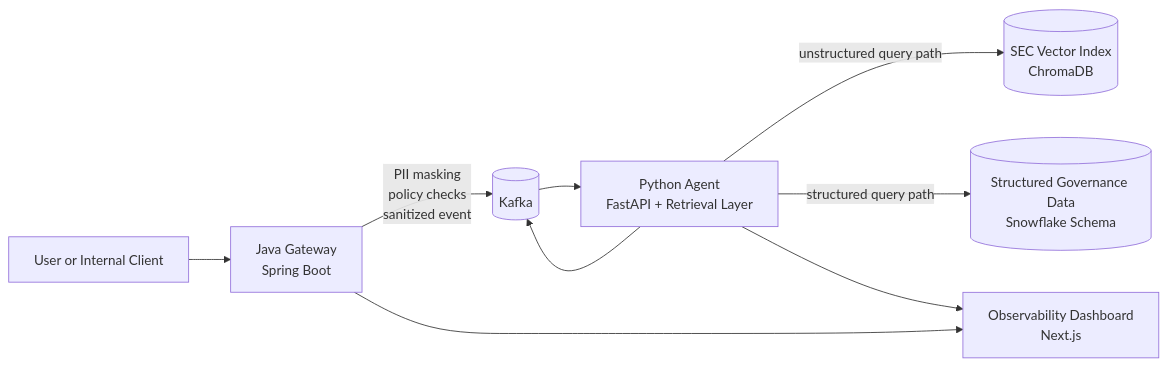
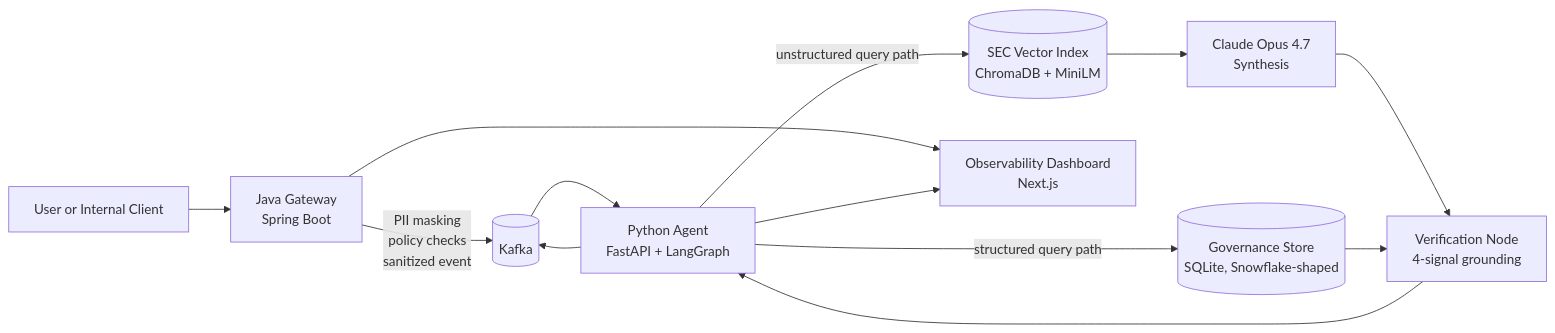
One commit to JCHETAN26/Omni-Graph changed the diagram in README.md. Above: the diagram before and after it, drawn with Mermaid. The commit also changed other lines of this file and 38 other files, not shown here.

First line of the commit message:
Build out LangGraph agent with synthesis, verification, and full eval/test/CI stack

````diff
--- a/README.md
+++ b/README.md
@@ -43,19 +43,25 @@
 ```mermaid
 flowchart LR
     U[User or Internal Client]
     G[Java Gateway<br/>Spring Boot]
     K[(Kafka)]
-    A[Python Agent<br/>FastAPI + Retrieval Layer]
-    V[(SEC Vector Index<br/>ChromaDB)]
-    S[(Structured Governance Data<br/>Snowflake Schema)]
+    A[Python Agent<br/>FastAPI + LangGraph]
+    V[(SEC Vector Index<br/>ChromaDB + MiniLM)]
+    S[(Governance Store<br/>SQLite, Snowflake-shaped)]
+    L[Claude Opus 4.7<br/>Synthesis]
+    X[Verification Node<br/>4-signal grounding]
     D[Observability Dashboard<br/>Next.js]
 
     U --> G
     G -->|PII masking<br/>policy checks<br/>sanitized event| K
     K --> A
     A -->|unstructured query path| V
     A -->|structured query path| S
+    V --> L
+    L --> X
+    S --> X
+    X --> A
     A --> K
     G --> D
     A --> D
 ```
````
